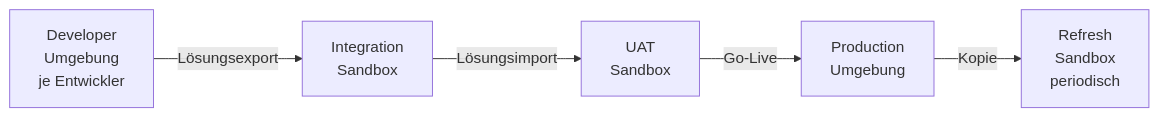
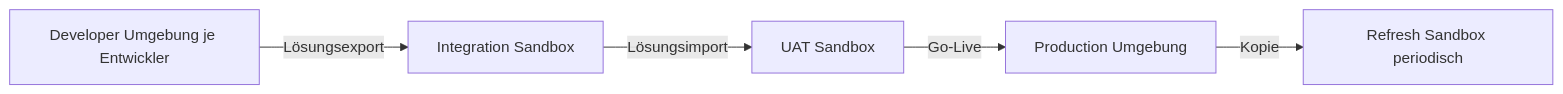
Before and after one commit to SoniiiT/notes-n-docs: the first of 6 diagrams in Microsoft 365/Dynamics 365/Dynamics 365 Administration.md, drawn with Mermaid. The commit also changed other lines of this file and 124 other files, not shown here.

First line of the commit message:
fix: Entferne \n aus allen Mermaid-Diagrammen (125 Dateien)

````diff
--- a/Microsoft 365/Dynamics 365/Dynamics 365 Administration.md
+++ b/Microsoft 365/Dynamics 365/Dynamics 365 Administration.md
@@ -59,7 +59,7 @@
 ```mermaid
 graph LR
-    DEV[Developer\nUmgebung\nje Entwickler] -->|Lösungsexport| INT[Integration\nSandbox]
-    INT -->|Lösungsimport| UAT[UAT\nSandbox]
-    UAT -->|Go-Live| PROD[Production\nUmgebung]
-    PROD -->|Kopie| REF[Refresh\nSandbox\nperiodisch]
+    DEV[Developer Umgebung je Entwickler] -->|Lösungsexport| INT[Integration Sandbox]
+    INT -->|Lösungsimport| UAT[UAT Sandbox]
+    UAT -->|Go-Live| PROD[Production Umgebung]
+    PROD -->|Kopie| REF[Refresh Sandbox periodisch]
 ```
````
